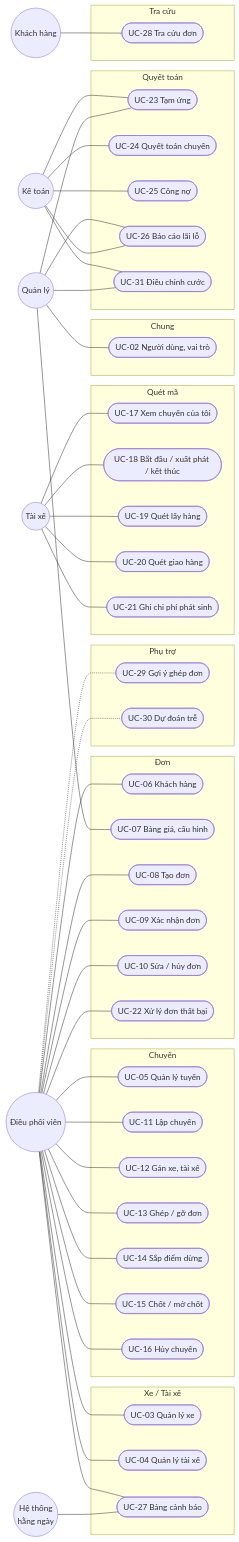
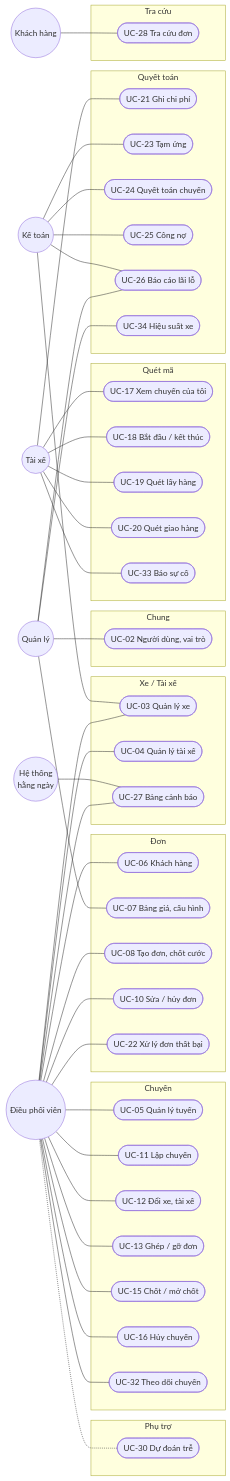
The second of 10 diagrams in docs/so-do.md (takidang/QLVC), drawn with Mermaid before and after one commit. The commit also changed other lines of this file and 5 other files, not shown here.

First line of the commit message:
Nghiệp vụ 0.5 (Kiệt đề xuất): chuyến 6 trạng thái, đơn 7, mô hình thời gian

````diff
--- a/docs/so-do.md
+++ b/docs/so-do.md
@@ -88,64 +89,61 @@
 ```mermaid
 flowchart LR
   QL(("Quản lý"))
   DP(("Điều phối viên"))
   TX(("Tài xế"))
   KT(("Kế toán"))
   KH(("Khách hàng"))
   HT(("Hệ thống<br/>hằng ngày"))
   subgraph CHUNG["Chung"]
     UC02(["UC-02 Người dùng, vai trò"])
   end
   subgraph XTX["Xe / Tài xế"]
     UC03(["UC-03 Quản lý xe"])
     UC04(["UC-04 Quản lý tài xế"])
     UC27(["UC-27 Bảng cảnh báo"])
   end
   subgraph DON["Đơn"]
     UC06(["UC-06 Khách hàng"])
     UC07(["UC-07 Bảng giá, cấu hình"])
-    UC08(["UC-08 Tạo đơn"])
-    UC09(["UC-09 Xác nhận đơn"])
+    UC08(["UC-08 Tạo đơn, chốt cước"])
     UC10(["UC-10 Sửa / hủy đơn"])
     UC22(["UC-22 Xử lý đơn thất bại"])
   end
   subgraph CHUYEN["Chuyến"]
     UC05(["UC-05 Quản lý tuyến"])
     UC11(["UC-11 Lập chuyến"])
-    UC12(["UC-12 Gán xe, tài xế"])
+    UC12(["UC-12 Đổi xe, tài xế"])
     UC13(["UC-13 Ghép / gỡ đơn"])
-    UC14(["UC-14 Sắp điểm dừng"])
     UC15(["UC-15 Chốt / mở chốt"])
     UC16(["UC-16 Hủy chuyến"])
+    UC32(["UC-32 Theo dõi chuyến"])
   end
   subgraph QUET["Quét mã"]
     UC17(["UC-17 Xem chuyến của tôi"])
-    UC18(["UC-18 Bắt đầu / xuất phát / kết thúc"])
+    UC18(["UC-18 Bắt đầu / kết thúc"])
     UC19(["UC-19 Quét lấy hàng"])
     UC20(["UC-20 Quét giao hàng"])
-    UC21(["UC-21 Ghi chi phí phát sinh"])
+    UC33(["UC-33 Báo sự cố"])
   end
   subgraph TIEN["Quyết toán"]
+    UC21(["UC-21 Ghi chi phí"])
     UC23(["UC-23 Tạm ứng"])
     UC24(["UC-24 Quyết toán chuyến"])
     UC25(["UC-25 Công nợ"])
     UC26(["UC-26 Báo cáo lãi lỗ"])
-    UC31(["UC-31 Điều chỉnh cước"])
+    UC34(["UC-34 Hiệu suất xe"])
   end
   subgraph TRA["Tra cứu"]
     UC28(["UC-28 Tra cứu đơn"])
   end
   subgraph PHU["Phụ trợ"]
-    UC29(["UC-29 Gợi ý ghép đơn"])
     UC30(["UC-30 Dự đoán trễ"])
   end
-  QL --- UC02 & UC07 & UC26
-  DP --- UC03 & UC04 & UC05 & UC06 & UC08 & UC09 & UC10 & UC11 & UC12 & UC13 & UC14 & UC15 & UC16 & UC22 & UC27
-  DP -.- UC29 & UC30
-  TX --- UC17 & UC18 & UC19 & UC20 & UC21
-  KT --- UC23 & UC24 & UC25 & UC26 & UC31
-  QL --- UC31
-  QL --- UC23
+  QL --- UC02 & UC07 & UC26 & UC34
+  DP --- UC03 & UC04 & UC05 & UC06 & UC08 & UC10 & UC11 & UC12 & UC13 & UC15 & UC16 & UC22 & UC27 & UC32
+  DP -.- UC30
+  TX --- UC17 & UC18 & UC19 & UC20 & UC21 & UC33
+  KT --- UC23 & UC24 & UC25 & UC26 & UC03
   KH --- UC28
   HT --- UC27
 ```
````
